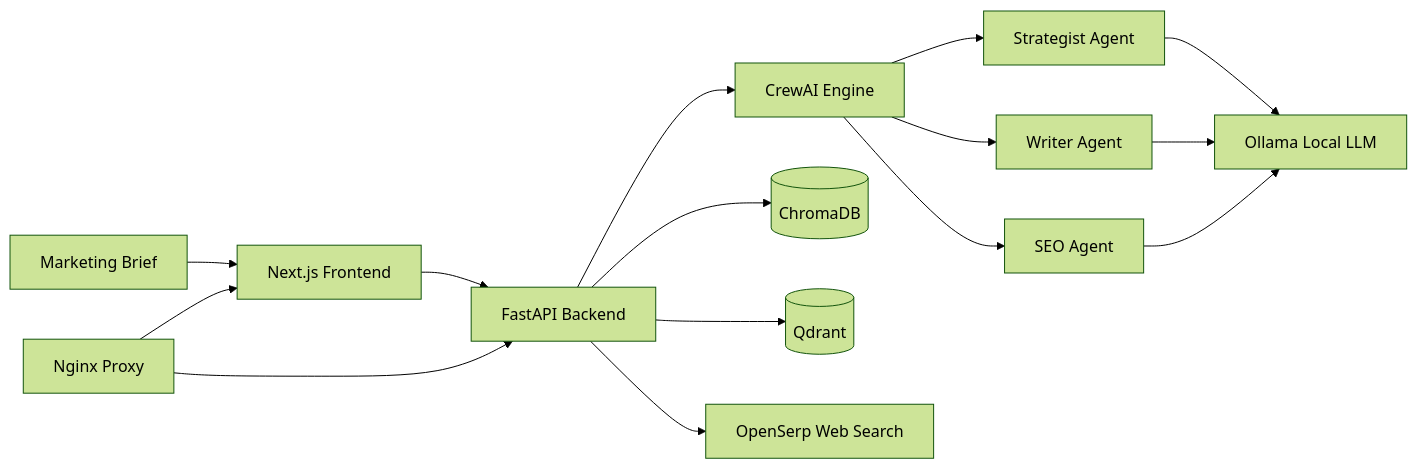
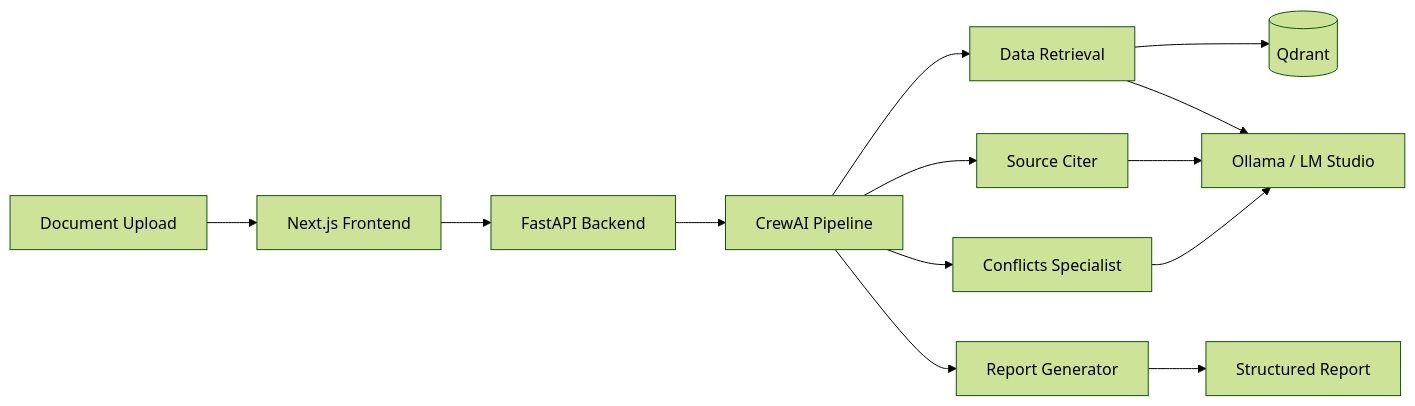
One commit to dawarazhar11/dawarazhar11 changed the third of 7 diagrams in README.md. Above: the diagram before and after it, drawn with Mermaid (forest theme). The commit also changed other lines of this file, not shown here.

````diff
--- a/README.md
+++ b/README.md
@@ -217,17 +129,15 @@
 ```mermaid
 graph LR
-    A["Marketing Brief"] --> B["Next.js Frontend"]
+    A["Document Upload"] --> B["Next.js Frontend"]
     B --> C["FastAPI Backend"]
-    C --> D["CrewAI Engine"]
-    D --> E["Strategist Agent"]
-    D --> F["Writer Agent"]
-    D --> G["SEO Agent"]
-    E --> H["Ollama Local LLM"]
-    F --> H
-    G --> H
-    C --> I[("ChromaDB")]
-    C --> J[("Qdrant")]
-    C --> K["OpenSerp Web Search"]
-    L["Nginx Proxy"] --> B
-    L --> C
+    C --> D["CrewAI Pipeline"]
+    D --> E["Data Retrieval"]
+    D --> F["Source Citer"]
+    D --> G["Conflicts Specialist"]
+    D --> H["Report Generator"]
+    E --> I[("Qdrant")]
+    E --> J["Ollama / LM Studio"]
+    F --> J
+    G --> J
+    H --> K["Structured Report"]
 ```
````
